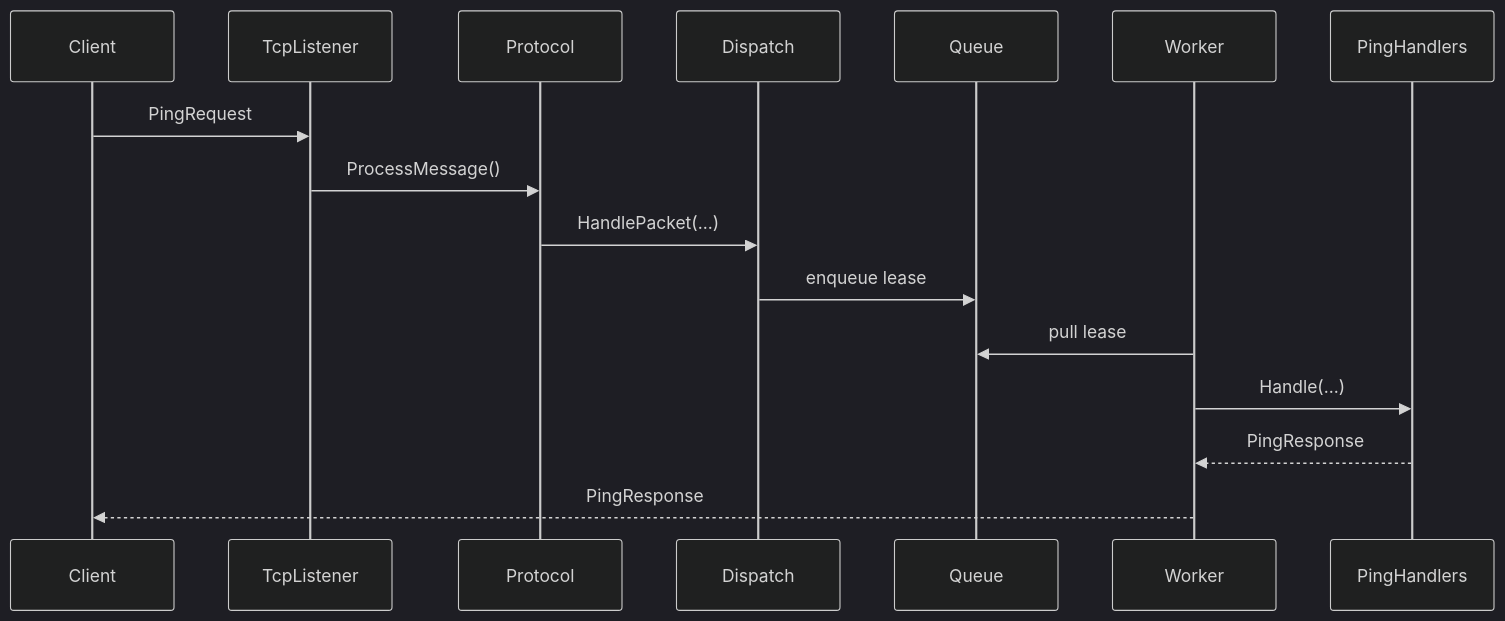
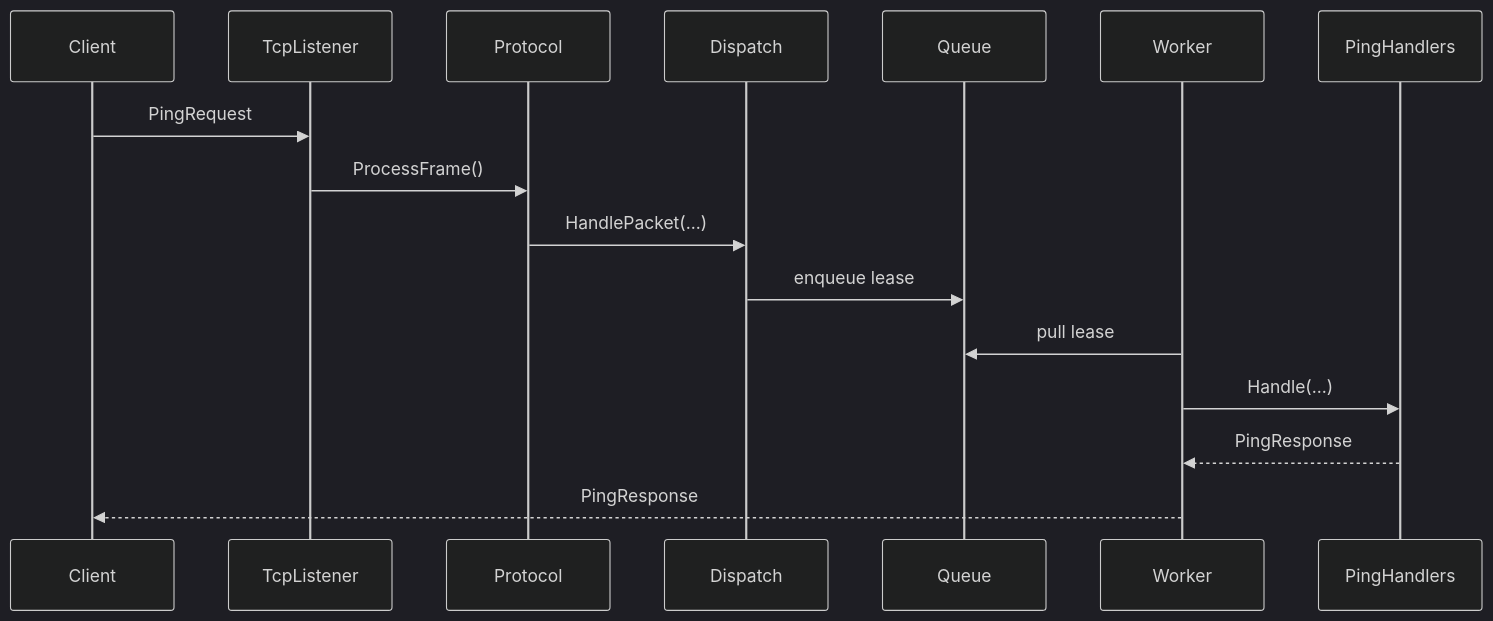
One commit to ppn-systems/Nalix changed the diagram in docs/quickstart.md. Above: the diagram before and after it, drawn with Mermaid (dark theme). The commit also changed 157 other files, not shown here.

````diff
--- a/docs/quickstart.md
+++ b/docs/quickstart.md
@@ -251,19 +251,19 @@
 ```mermaid
 sequenceDiagram
     participant C as Client
     participant L as TcpListener
     participant P as Protocol
     participant D as Dispatch
     participant Q as Queue
     participant W as Worker
     participant H as PingHandlers
 
     C->>L: PingRequest
-    L->>P: ProcessMessage()
+    L->>P: ProcessFrame()
     P->>D: HandlePacket(...)
     D->>Q: enqueue lease
     W->>Q: pull lease
     W->>H: Handle(...)
     H-->>W: PingResponse
     W-->>C: PingResponse
 ```
````
